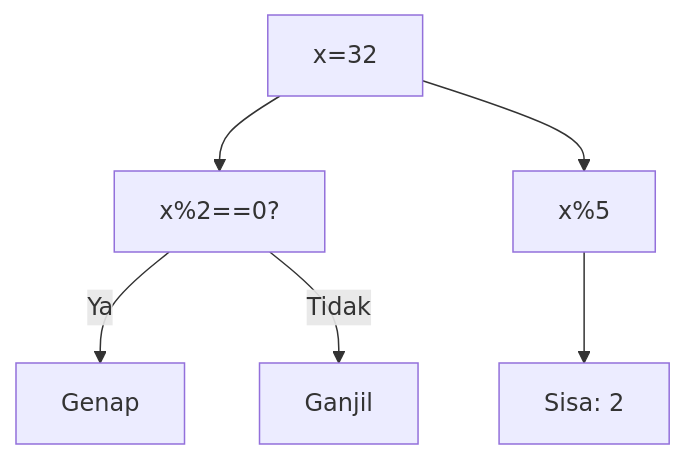
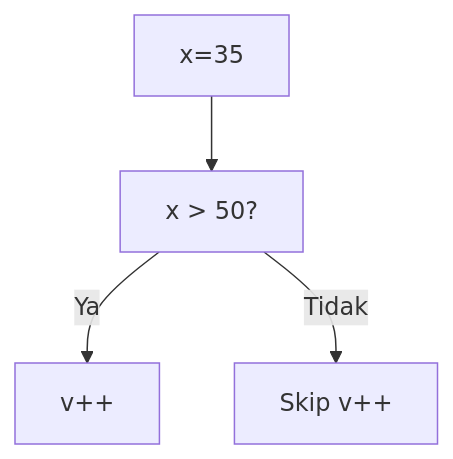
Before and after one commit to amnahwaida/OSNK_INF_PREP: the second of 25 diagrams in part-c-pemahaman-cpp/02-percabangan/latihan/set-04.md, drawn with Mermaid. The commit also changed other lines of this file and 71 other files, not shown here.

````diff
--- a/part-c-pemahaman-cpp/02-percabangan/latihan/set-04.md
+++ b/part-c-pemahaman-cpp/02-percabangan/latihan/set-04.md
@@ -52,8 +49,6 @@
 ```mermaid
 graph TD
-A["x=32"] --> B["x%2==0?"]
-B -- Ya --> C["Genap"]
-B -- Tidak --> D["Ganjil"]
-A --> E["x%5"]
-E --> F["Sisa: 2"]
+A["x=35"] --> B["x > 50?"]
+B -- Ya --> C["v++"]
+B -- Tidak --> D["Skip v++"]
 ```
````
